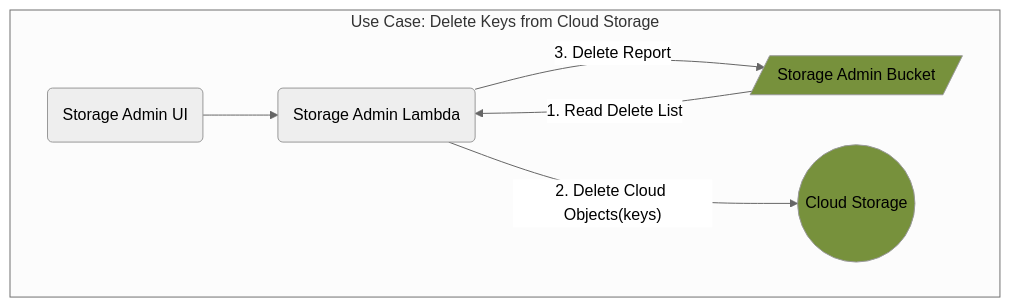
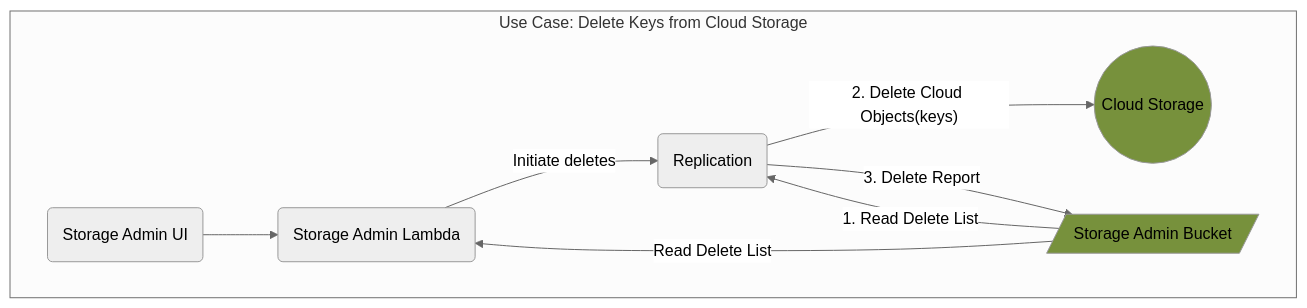
One commit to CDLUC3/mrt-doc changed the diagram in diagrams/store-admin-del-node-keys.mmd. Above: the diagram before and after it, drawn with Mermaid. The commit also changed 9 other files, not shown here.

```diff
--- a/diagrams/store-admin-del-node-keys.mmd
+++ b/diagrams/store-admin-del-node-keys.mmd
@@ -1,16 +1,19 @@
 %%{init: {'theme': 'neutral', 'securityLevel': 'loose'}}%%
 graph TD
   SAUI("Storage Admin UI")
   SA("Storage Admin Lambda")
   SABUCK[/"Storage Admin Bucket"/]
+  REPLIC("Replication")
   CLOUD(("Cloud Storage"))
 
   subgraph "Use Case: Delete Keys from Cloud Storage"
     SAUI-->SA
-    SABUCK-->|"1. Read Delete List"|SA
-    SA-->|"2. Delete Cloud Objects(keys)"|CLOUD
-    SA-->|"3. Delete Report"|SABUCK
+    SABUCK-->|"Read Delete List"|SA
+    SA-->|"Initiate deletes"|REPLIC
+    SABUCK-->|"1. Read Delete List"|REPLIC
+    REPLIC-->|"2. Delete Cloud Objects(keys)"|CLOUD
+    REPLIC-->|"3. Delete Report"|SABUCK
   end
 
   style SABUCK fill:#77913C
   style CLOUD fill:#77913C
```
